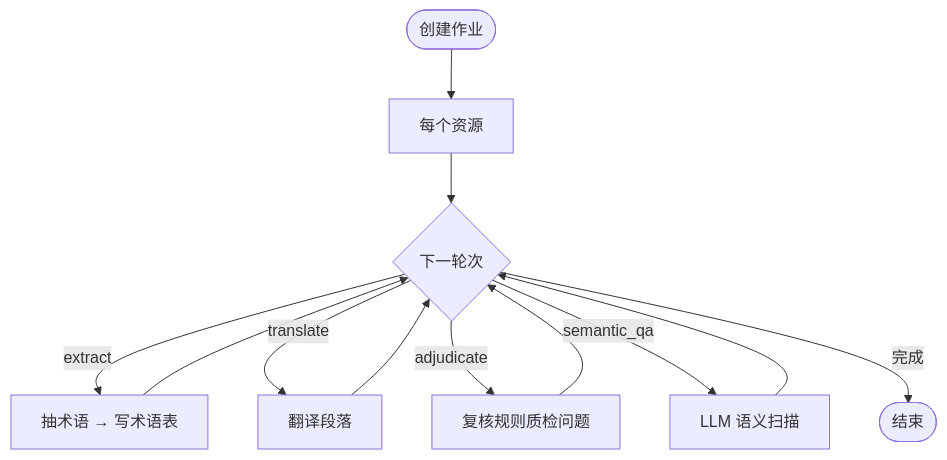
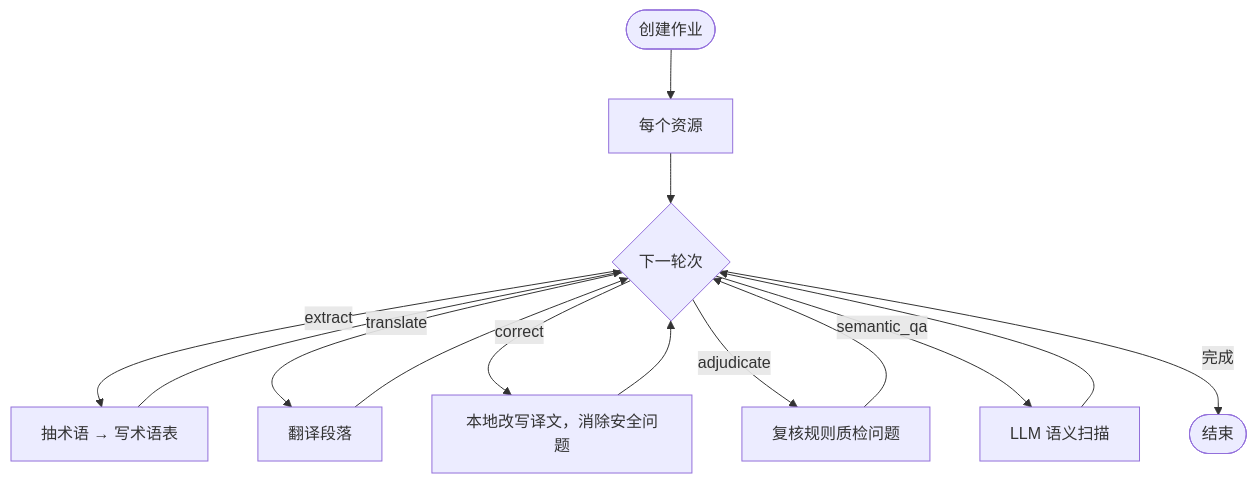
Before and after one commit to MeowSalty/LinguaFlow: the diagram in docs/zh/guide/pipeline.md, drawn with Mermaid. The commit also changed other lines of this file and 6 other files, not shown here.

````diff
--- a/docs/zh/guide/pipeline.md
+++ b/docs/zh/guide/pipeline.md
@@ -16,14 +16,16 @@
 ```mermaid
 flowchart TD
   Start([创建作业]) --> Res[每个资源]
   Res --> Next{下一轮次}
   Next -->|extract| Ex[抽术语 → 写术语表]
   Next -->|translate| Tr[翻译段落]
+  Next -->|correct| Co[本地改写译文，消除安全问题]
   Next -->|adjudicate| Ad[复核规则质检问题]
   Next -->|semantic_qa| Sq[LLM 语义扫描]
   Next -->|完成| Done([结束])
   Ex --> Next
   Tr --> Next
+  Co --> Next
   Ad --> Next
   Sq --> Next
 ```
````
